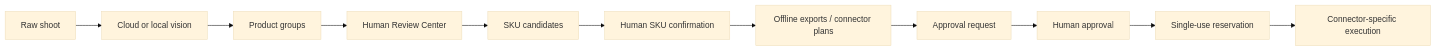
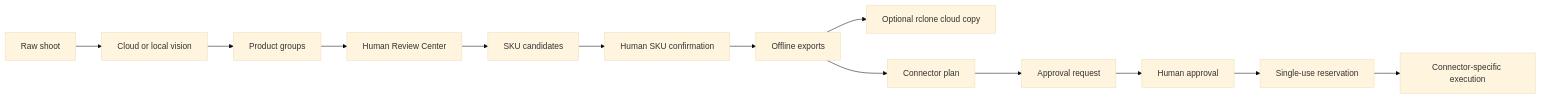
One commit to mhmdwaelanwr/CatalogMesh changed the diagram in README.md. Above: the diagram before and after it, drawn with Mermaid (base theme). The commit also changed other lines of this file and 14 other files, not shown here.

````diff
--- a/README.md
+++ b/README.md
@@ -149,13 +151,15 @@
 ```mermaid
 flowchart LR
     A[Raw shoot] --> B[Cloud or local vision]
     B --> C[Product groups]
     C --> D[Human Review Center]
     D --> E[SKU candidates]
     E --> F[Human SKU confirmation]
-    F --> G[Offline exports / connector plans]
-    G --> H[Approval request]
-    H --> I[Human approval]
-    I --> J[Single-use reservation]
-    J --> K[Connector-specific execution]
+    F --> G[Offline exports]
+    G --> H[Optional rclone cloud copy]
+    G --> I[Connector plan]
+    I --> J[Approval request]
+    J --> K[Human approval]
+    K --> L[Single-use reservation]
+    L --> M[Connector-specific execution]
 ```
````
